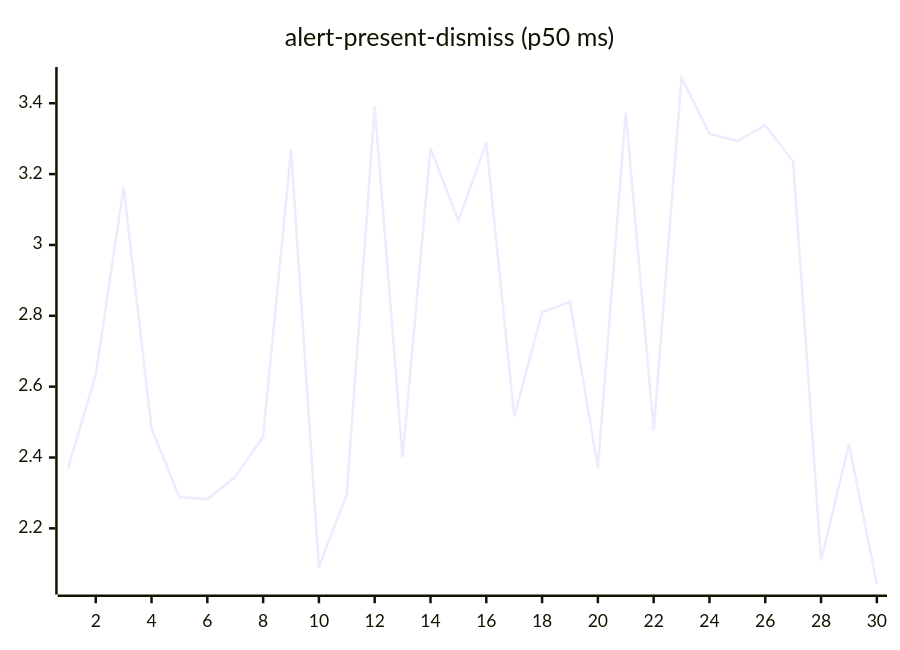
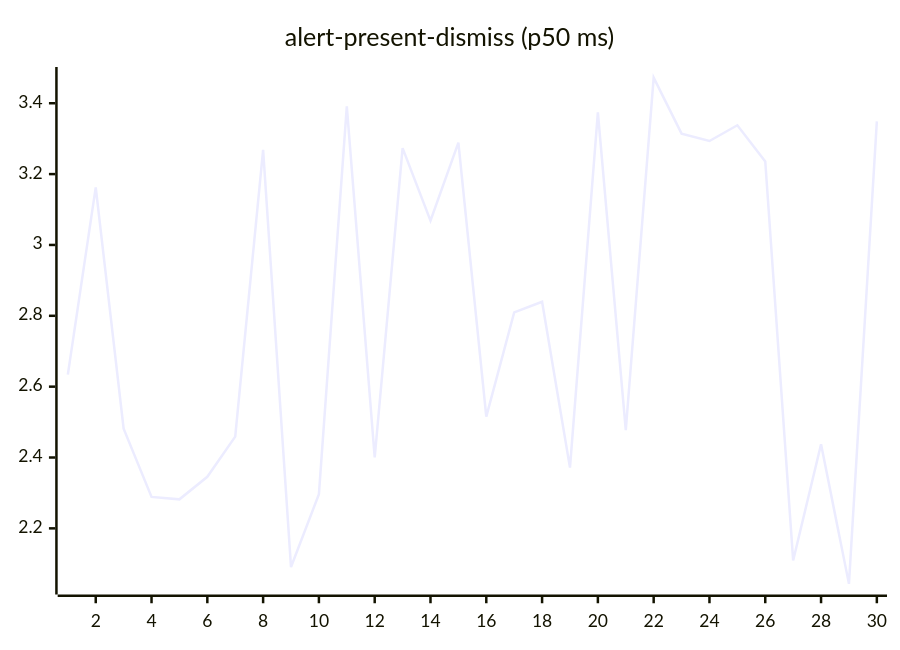
Before and after one commit to josha/Facet: the second of 27 diagrams in README.md, drawn with Mermaid. The commit also changed other lines of this file and 2 other files, not shown here.

````diff
--- a/README.md
+++ b/README.md
@@ -70,6 +70,6 @@
 ```mermaid
 xychart-beta
     title "alert-present-dismiss (p50 ms)"
     x-axis 1 --> 30
-    line [2.3689, 2.6340, 3.1626, 2.4814, 2.2888, 2.2819, 2.3455, 2.4588, 3.2682, 2.0908, 2.2965, 3.3910, 2.4000, 3.2732, 3.0684, 3.2888, 2.5156, 2.8095, 2.8395, 2.3714, 3.3741, 2.4770, 3.4723, 3.3142, 3.2934, 3.3378, 3.2358, 2.1094, 2.4372, 2.0433]
+    line [2.6340, 3.1626, 2.4814, 2.2888, 2.2819, 2.3455, 2.4588, 3.2682, 2.0908, 2.2965, 3.3910, 2.4000, 3.2732, 3.0684, 3.2888, 2.5156, 2.8095, 2.8395, 2.3714, 3.3741, 2.4770, 3.4723, 3.3142, 3.2934, 3.3378, 3.2358, 2.1094, 2.4372, 2.0433, 3.3486]
 ```
````
